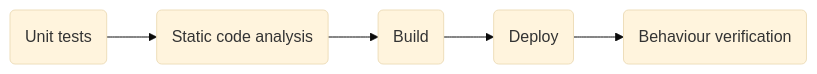
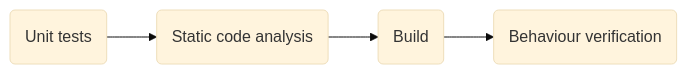
Before and after one commit to ContinuousEngineeringProject/ContinuousEngineeringProject.github.io: the fifth of 6 diagrams in docs/factory_pipelines.md, drawn with Mermaid (base theme). The commit also changed other lines of this file, not shown here.

````diff
--- a/docs/factory_pipelines.md
+++ b/docs/factory_pipelines.md
@@ -89,10 +89,9 @@
 ```mermaid
 flowchart LR
   id1(Unit tests)
   id2(Static code analysis)
   id3(Build)
-  id4(Deploy)
-  id5(Behaviour verification)
+  id4(Behaviour verification)
   
-  id1 --> id2 --> id3 --> id4 --> id5
+  id1 --> id2 --> id3 --> id4
 ```
````
